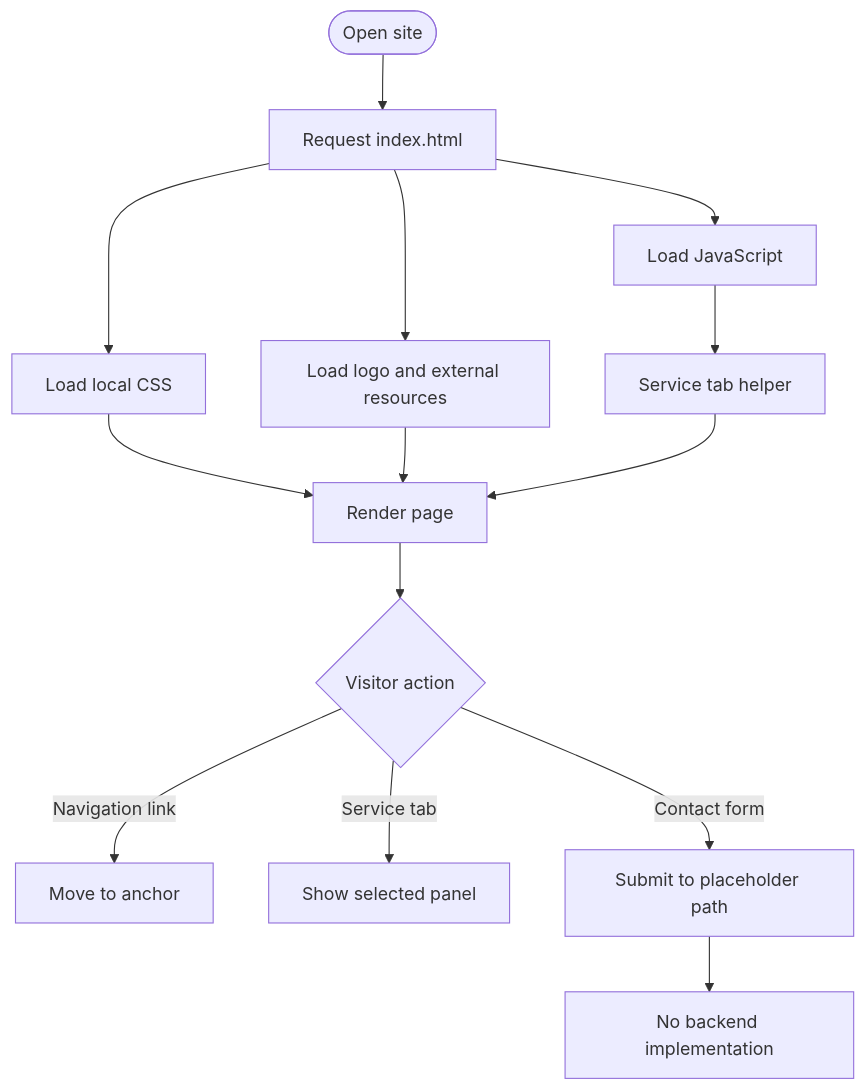
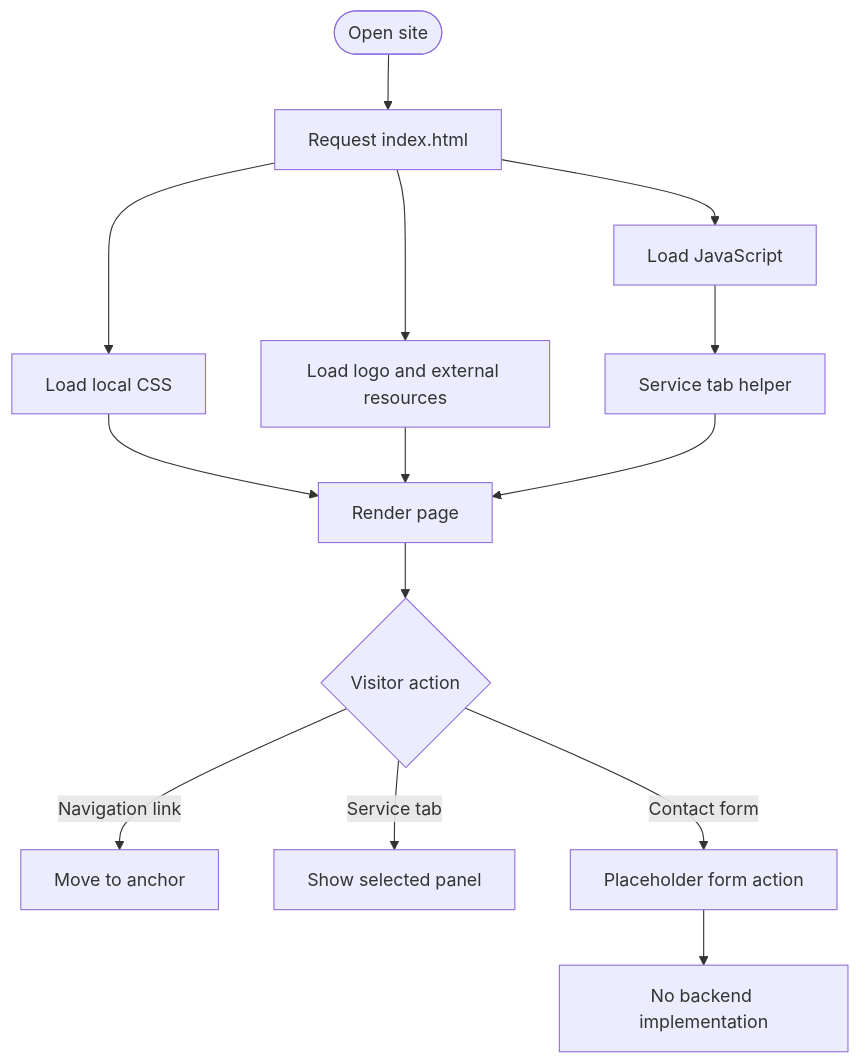
One commit to Brajesh31/Bifoga changed the first of 4 diagrams in docs/workflow.md. Above: the diagram before and after it, drawn with Mermaid. The commit also changed other lines of this file, not shown here.

````diff
--- a/docs/workflow.md
+++ b/docs/workflow.md
@@ -16,16 +16,16 @@
 ```mermaid
 flowchart TD
     A([Open site]) --> B[Request index.html]
     B --> C[Load local CSS]
     B --> D[Load JavaScript]
     B --> E[Load logo and external resources]
     C --> F[Render page]
     D --> G[Service tab helper]
     E --> F
     G --> F
     F --> H{Visitor action}
     H -->|Navigation link| I[Move to anchor]
     H -->|Service tab| J[Show selected panel]
-    H -->|Contact form| K[Submit to placeholder path]
+    H -->|Contact form| K[Placeholder form action]
     K --> L[No backend implementation]
 ```
````
